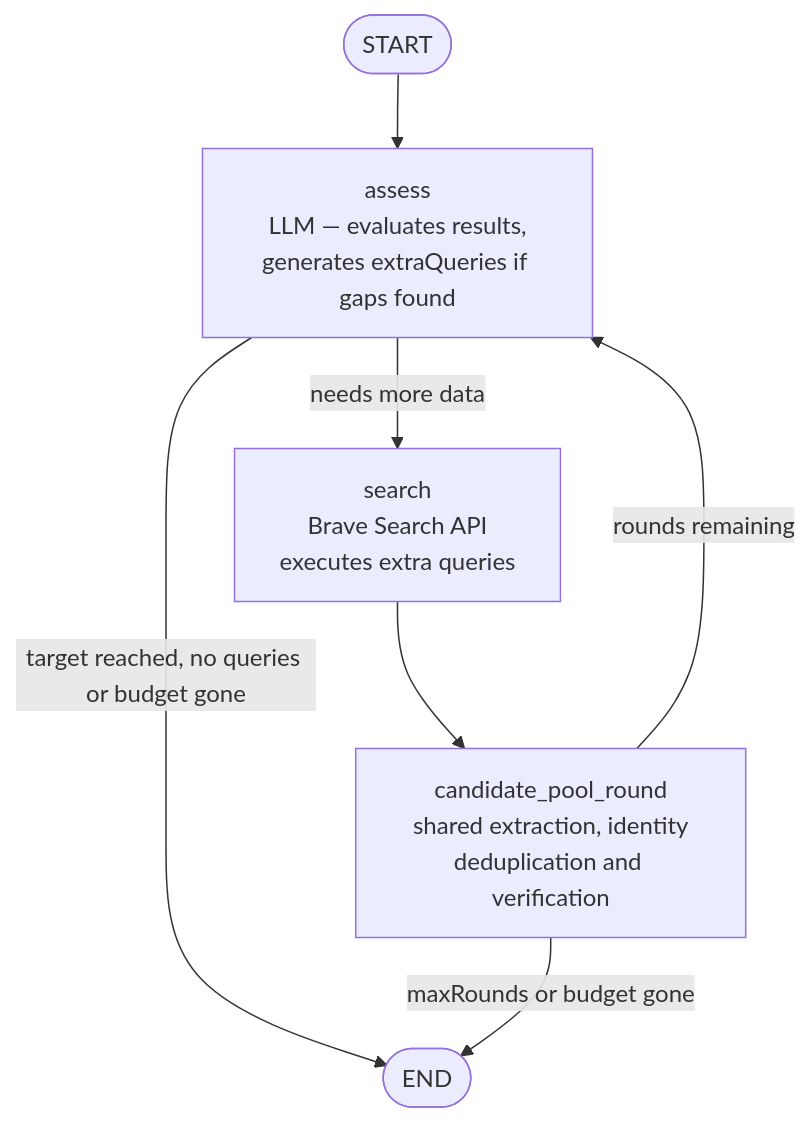
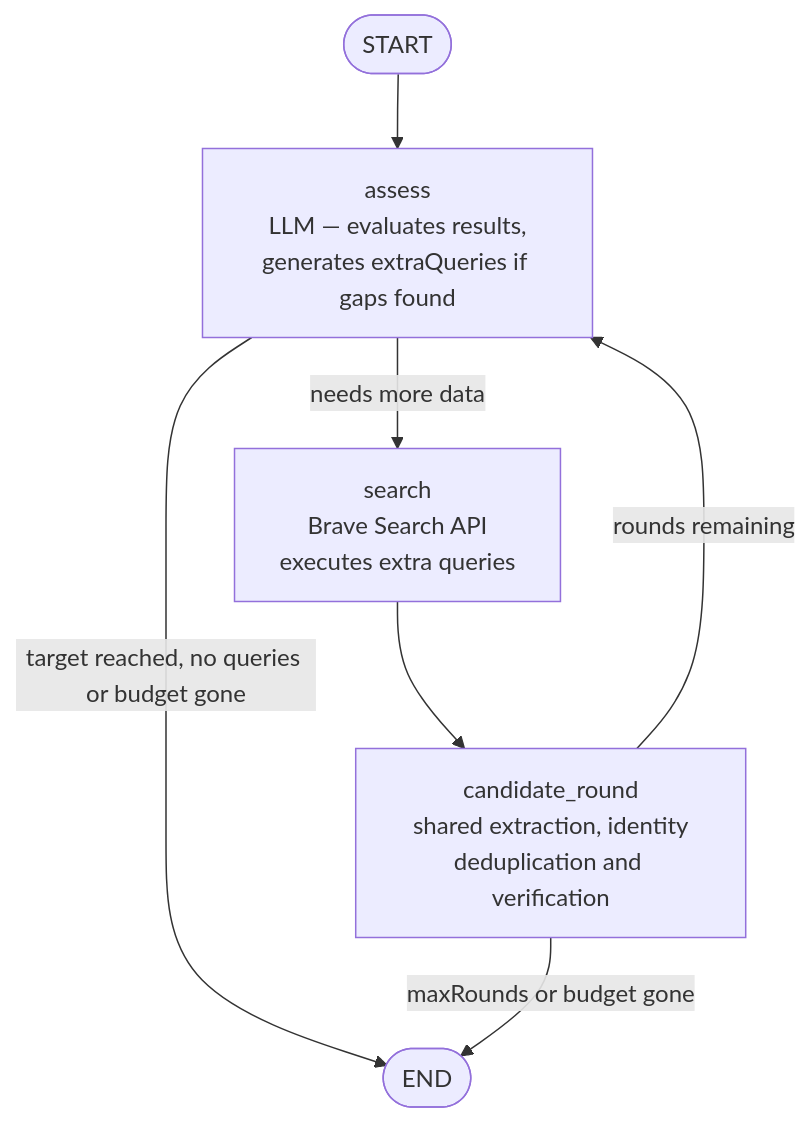
Before and after one commit to eikrad/bandsearch-app: the fourth of 6 diagrams in docs/architecture/ARCHITECTURE.md, drawn with Mermaid. The commit also changed other lines of this file and 7 other files, not shown here.

````diff
--- a/docs/architecture/ARCHITECTURE.md
+++ b/docs/architecture/ARCHITECTURE.md
@@ -226,9 +237,9 @@
 ```mermaid
 flowchart TD
     subSTART(["START"]) --> assess["assess\nLLM — evaluates results,\ngenerates extraQueries if gaps found"]
     assess -->|"target reached, no queries or budget gone"| subEND(["END"])
     assess -->|"needs more data"| search["search\nBrave Search API\nexecutes extra queries"]
-    search --> candidate_round["candidate_pool_round\nshared extraction, identity\ndeduplication and verification"]
+    search --> candidate_round["candidate_round\nshared extraction, identity\ndeduplication and verification"]
     candidate_round -->|"maxRounds or budget gone"| subEND
     candidate_round -->|"rounds remaining"| assess
 ```
````
